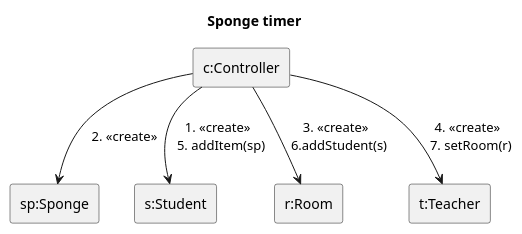
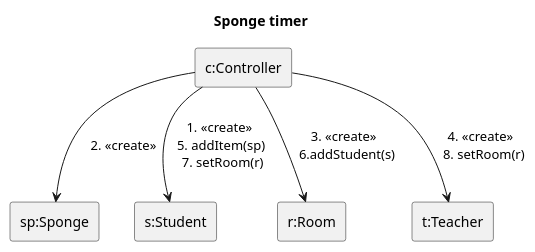
The diagram in docs/communication_diagrams/sponge_timer.plantuml (MBakter/echo), drawn with PlantUML before and after one commit. The commit also changed 8 other files, not shown here.

```diff
--- a/docs/communication_diagrams/sponge_timer.plantuml
+++ b/docs/communication_diagrams/sponge_timer.plantuml
@@ -1,15 +1,15 @@
 @startuml ser
 title Sponge timer
 rectangle "c:Controller" as c
 rectangle "sp:Sponge" as sp
 rectangle "s:Student" as s
 rectangle "r:Room" as r
 rectangle "t:Teacher" as t
 
 
-c --> s: 1. <<create>> \n 5. addItem(sp) 
+c --> s: 1. <<create>> \n 5. addItem(sp) \n 7. setRoom(r)
 c --> sp: 2. <<create>> 
 c --> r: 3. <<create>> \n 6.addStudent(s)
-c --> t: 4. <<create>> \n 7. setRoom(r)
+c --> t: 4. <<create>> \n 8. setRoom(r)
 
 @enduml
```
